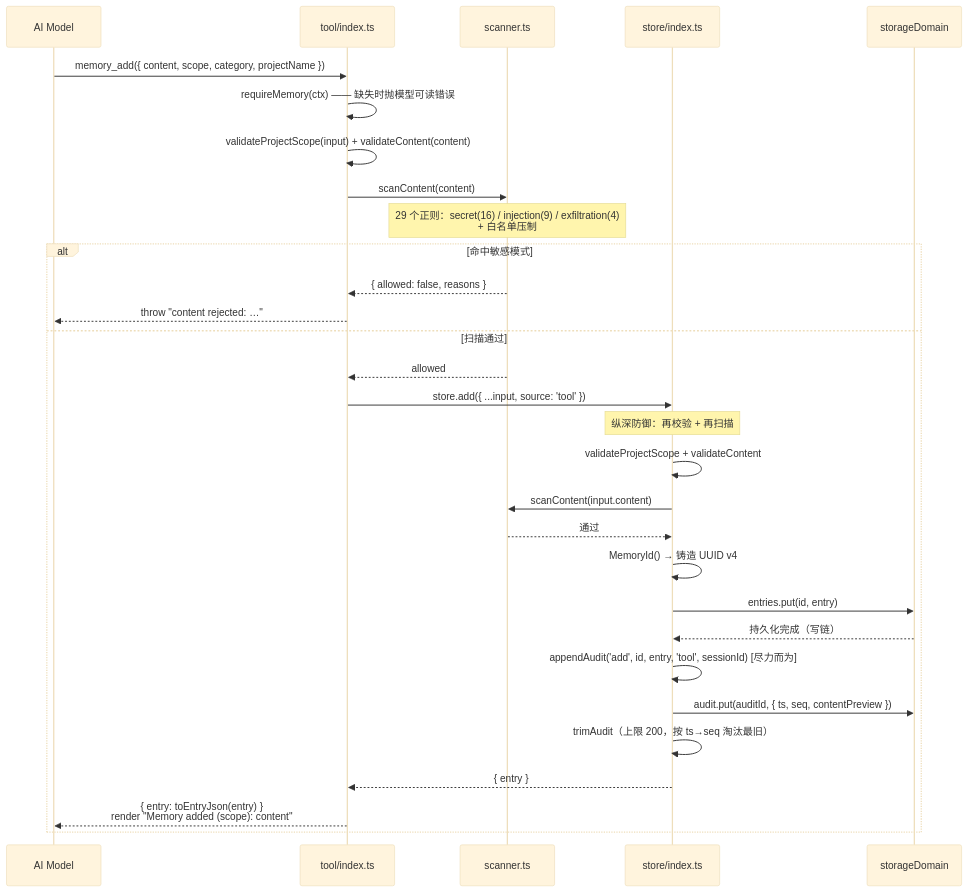
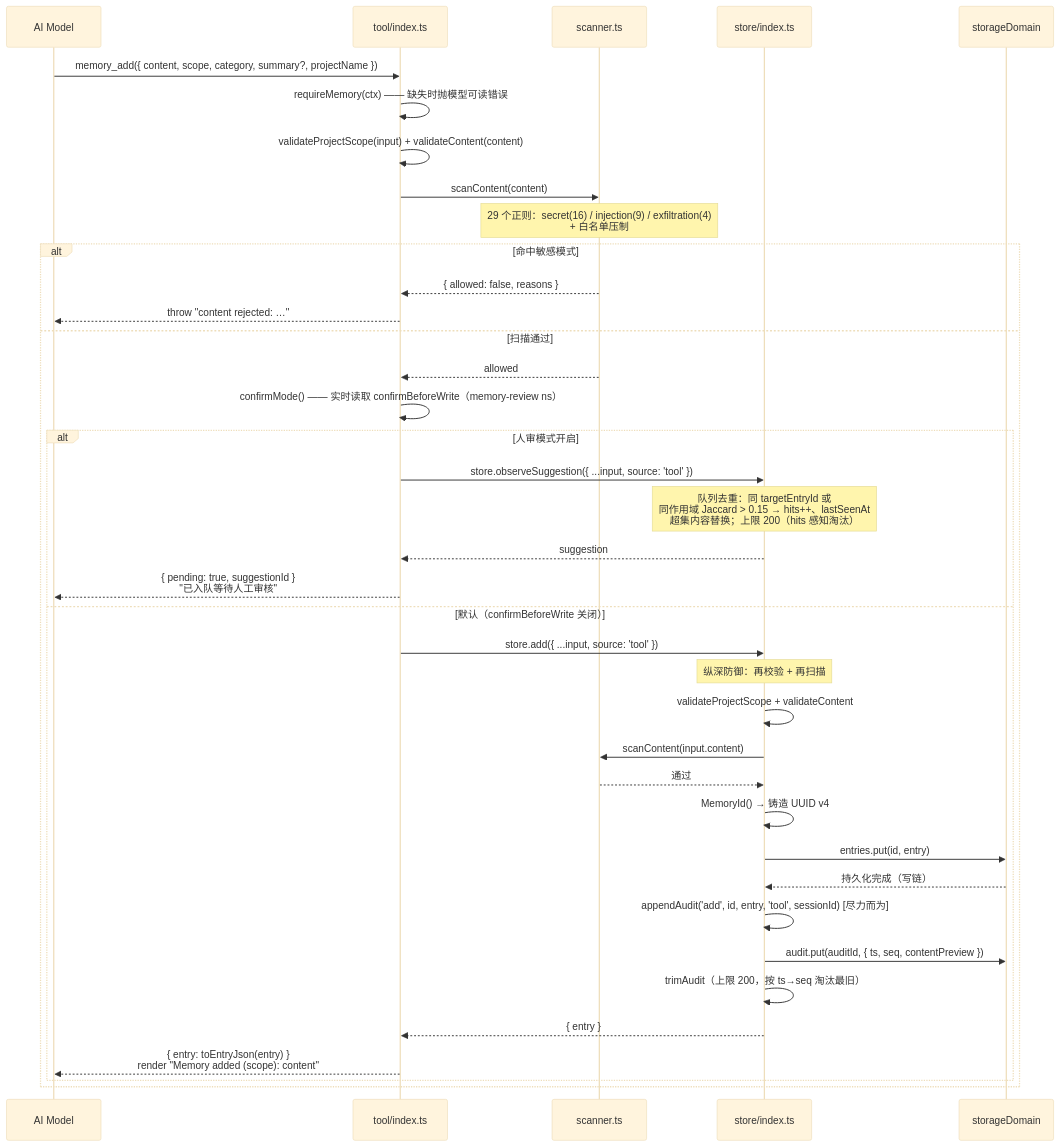
The second of 14 diagrams in docs/SEQUENCE_DIAGRAMS.zh-CN.md (chenhw7/dsh-memory), drawn with Mermaid (base theme) before and after one commit. The commit also changed other lines of this file and 2 other files, not shown here.

First line of the commit message:
docs: sync zh-CN mirrors (README / TECH_DESIGN / SEQUENCE_DIAGRAMS) with the v0.5.0 implementation

````diff
--- a/docs/SEQUENCE_DIAGRAMS.zh-CN.md
+++ b/docs/SEQUENCE_DIAGRAMS.zh-CN.md
@@ -63,38 +63,46 @@
 ```mermaid
 sequenceDiagram
     participant Model as AI Model
     participant Tool as tool/index.ts
     participant Scanner as scanner.ts
     participant Store as store/index.ts
     participant SD as storageDomain
 
-    Model->>Tool: memory_add({ content, scope, category, projectName })
+    Model->>Tool: memory_add({ content, scope, category, summary?, projectName })
     Tool->>Tool: requireMemory(ctx) —— 缺失时抛模型可读错误
     Tool->>Tool: validateProjectScope(input) + validateContent(content)
 
     Tool->>Scanner: scanContent(content)
     Note over Scanner: 29 个正则：secret(16) / injection(9) / exfiltration(4)<br/>+ 白名单压制
     alt 命中敏感模式
         Scanner-->>Tool: { allowed: false, reasons }
         Tool-->>Model: throw "content rejected: …"
     else 扫描通过
         Scanner-->>Tool: allowed
-        Tool->>Store: store.add({ ...input, source: 'tool' })
+        Tool->>Tool: confirmMode() —— 实时读取 confirmBeforeWrite（memory-review ns）
+        alt 人审模式开启
+            Tool->>Store: store.observeSuggestion({ ...input, source: 'tool' })
+            Note over Store: 队列去重：同 targetEntryId 或<br/>同作用域 Jaccard > 0.15 → hits++、lastSeenAt<br/>超集内容替换；上限 200（hits 感知淘汰）
+            Store-->>Tool: suggestion
+            Tool-->>Model: { pending: true, suggestionId }<br/>"已入队等待人工审核"
+        else 默认（confirmBeforeWrite 关闭）
+            Tool->>Store: store.add({ ...input, source: 'tool' })
 
-        Note over Store: 纵深防御：再校验 + 再扫描
-        Store->>Store: validateProjectScope + validateContent
-        Store->>Scanner: scanContent(input.content)
-        Scanner-->>Store: 通过
+            Note over Store: 纵深防御：再校验 + 再扫描
+            Store->>Store: validateProjectScope + validateContent
+            Store->>Scanner: scanContent(input.content)
+            Scanner-->>Store: 通过
 
-        Store->>Store: MemoryId() → 铸造 UUID v4
-        Store->>SD: entries.put(id, entry)
-        SD-->>Store: 持久化完成（写链）
+            Store->>Store: MemoryId() → 铸造 UUID v4
+            Store->>SD: entries.put(id, entry)
+            SD-->>Store: 持久化完成（写链）
 
-        Store->>Store: appendAudit('add', id, entry, 'tool', sessionId) [尽力而为]
-        Store->>SD: audit.put(auditId, { ts, seq, contentPreview })
-        Store->>Store: trimAudit（上限 200，按 ts→seq 淘汰最旧）
+            Store->>Store: appendAudit('add', id, entry, 'tool', sessionId) [尽力而为]
+            Store->>SD: audit.put(auditId, { ts, seq, contentPreview })
+            Store->>Store: trimAudit（上限 200，按 ts→seq 淘汰最旧）
 
-        Store-->>Tool: { entry }
-        Tool-->>Model: { entry: toEntryJson(entry) }<br/>render "Memory added (scope): content"
+            Store-->>Tool: { entry }
+            Tool-->>Model: { entry: toEntryJson(entry) }<br/>render "Memory added (scope): content"
+        end
     end
 ```
````
